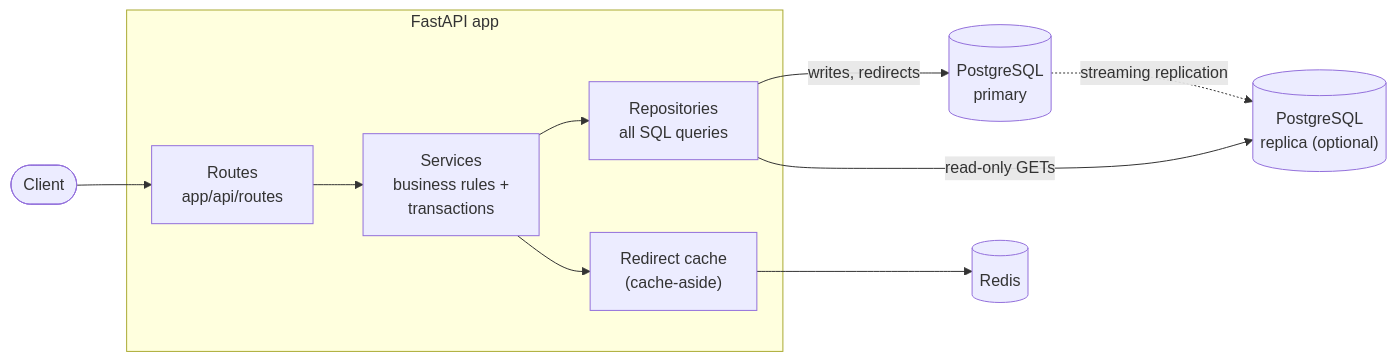
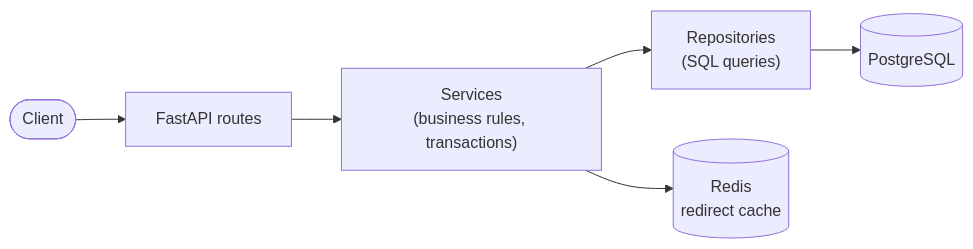
Before and after one commit to Aline-CROIRE/url-shortener-fastapi: the first of 2 diagrams in README.md, drawn with Mermaid. The commit also changed other lines of this file, not shown here.

Commit message:
docs: simplify README to setup, architecture and API endpoints

````diff
--- a/README.md
+++ b/README.md
@@ -76,15 +11,8 @@
 ```mermaid
 flowchart LR
-    client([Client]) --> routes
-
-    subgraph app [FastAPI app]
-        routes["Routes<br/>app/api/routes"] --> services["Services<br/>business rules +<br/>transactions"]
-        services --> repos["Repositories<br/>all SQL queries"]
-        services --> cache["Redirect cache<br/>(cache-aside)"]
-    end
-
-    repos -- "writes, redirects" --> primary[("PostgreSQL<br/>primary")]
-    repos -- "read-only GETs" --> replica[("PostgreSQL<br/>replica (optional)")]
-    primary -. "streaming replication" .-> replica
-    cache --> redis[("Redis")]
+    client([Client]) --> api["FastAPI routes"]
+    api --> services["Services<br/>(business rules, transactions)"]
+    services --> repos["Repositories<br/>(SQL queries)"]
+    services --> cache[("Redis<br/>redirect cache")]
+    repos --> db[("PostgreSQL")]
 ```
````
